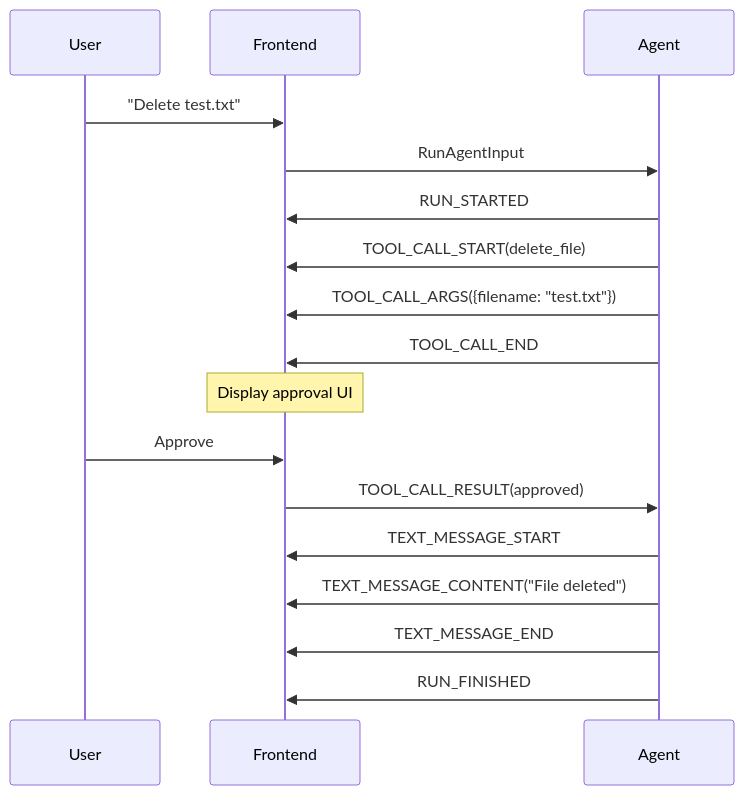
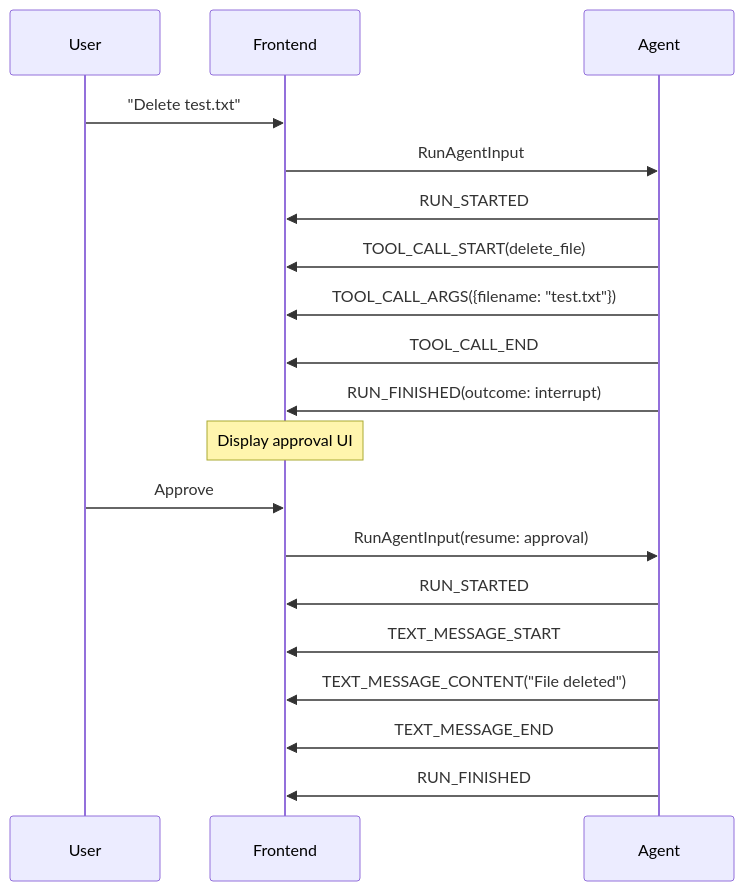
Diagram 11 of 12 in content/blog/en/ag-ui-protocol.mdx (yoichiozaki/yoichiozaki.github.io), drawn with Mermaid before and after one commit. The commit also changed other lines of this file and 220 other files, not shown here.

````diff
--- a/content/blog/en/ag-ui-protocol.mdx
+++ b/content/blog/en/ag-ui-protocol.mdx
@@ -763,19 +727,21 @@
 ```mermaid
 sequenceDiagram
     participant U as User
     participant F as Frontend
     participant A as Agent
     U->>F: "Delete test.txt"
     F->>A: RunAgentInput
     A->>F: RUN_STARTED
     A->>F: TOOL_CALL_START(delete_file)
     A->>F: TOOL_CALL_ARGS({filename: "test.txt"})
     A->>F: TOOL_CALL_END
+    A->>F: RUN_FINISHED(outcome: interrupt)
     Note over F: Display approval UI
     U->>F: Approve
-    F->>A: TOOL_CALL_RESULT(approved)
+    F->>A: RunAgentInput(resume: approval)
+    A->>F: RUN_STARTED
     A->>F: TEXT_MESSAGE_START
     A->>F: TEXT_MESSAGE_CONTENT("File deleted")
     A->>F: TEXT_MESSAGE_END
     A->>F: RUN_FINISHED
 ```
````
